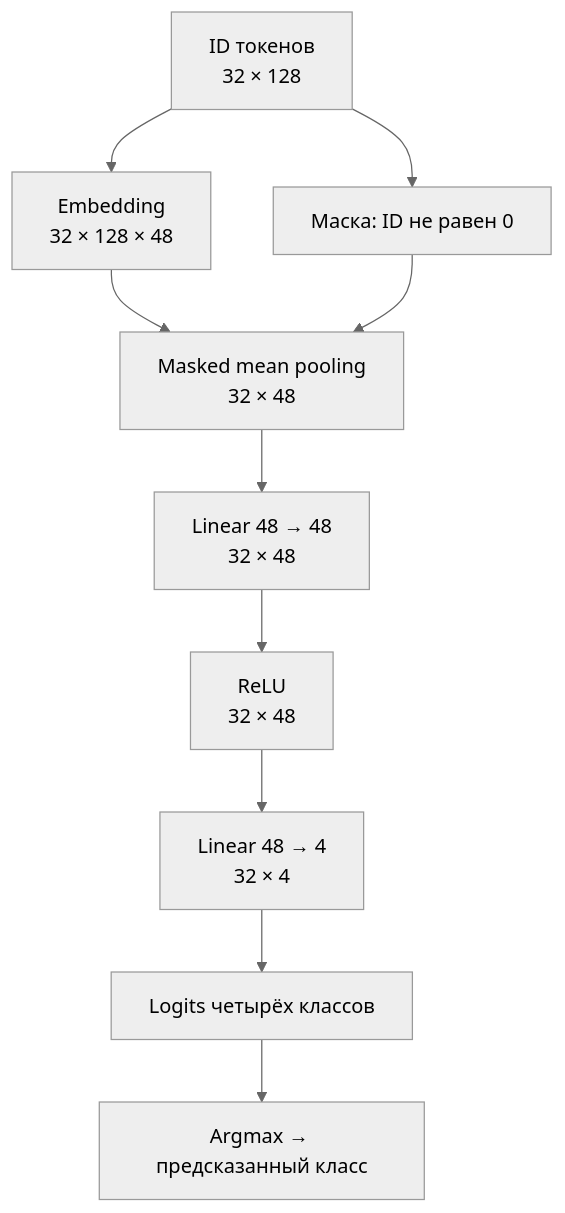
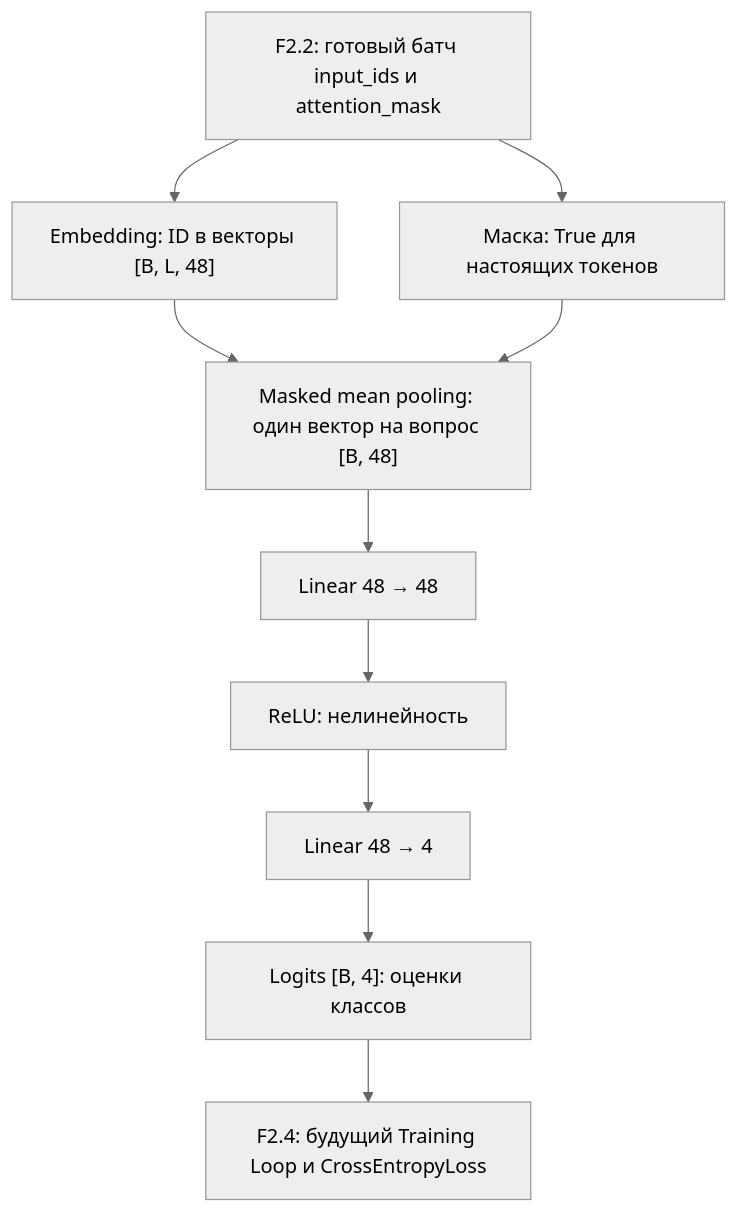
One commit to trasher88/ml-engineering-lab changed the diagram in docs/steps/F2_03_embedding_classifier.md. Above: the diagram before and after it, drawn with Mermaid (neutral theme). The commit also changed other lines of this file and 7 other files, not shown here.

````diff
--- a/docs/steps/F2_03_embedding_classifier.md
+++ b/docs/steps/F2_03_embedding_classifier.md
@@ -97,12 +249,12 @@
 ```mermaid
 flowchart TD
-    A["ID токенов<br/>32 × 128"] --> B["Embedding<br/>32 × 128 × 48"]
-    A --> M["Маска: ID не равен 0"]
-    B --> C["Masked mean pooling<br/>32 × 48"]
-    M --> C
-    C --> D["Linear 48 → 48<br/>32 × 48"]
-    D --> E["ReLU<br/>32 × 48"]
-    E --> F["Linear 48 → 4<br/>32 × 4"]
-    F --> G["Logits четырёх классов"]
-    G --> H["Argmax → предсказанный класс"]
+    A["F2.2: готовый батч input_ids и attention_mask"] --> B["Embedding: ID в векторы [B, L, 48]"]
+    A --> M["Маска: True для настоящих токенов"]
+    B --> P["Masked mean pooling: один вектор на вопрос [B, 48]"]
+    M --> P
+    P --> H["Linear 48 → 48"]
+    H --> R["ReLU: нелинейность"]
+    R --> O["Linear 48 → 4"]
+    O --> Z["Logits [B, 4]: оценки классов"]
+    Z --> NEXT["F2.4: будущий Training Loop и CrossEntropyLoss"]
 ```
````
